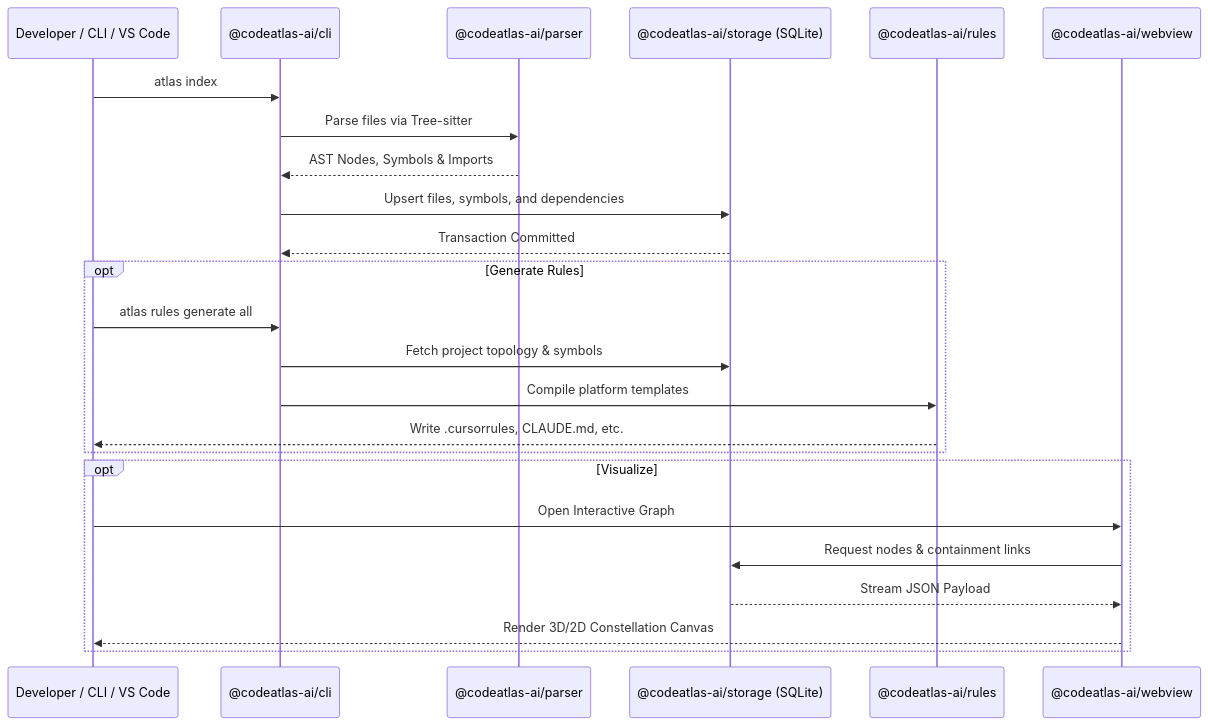
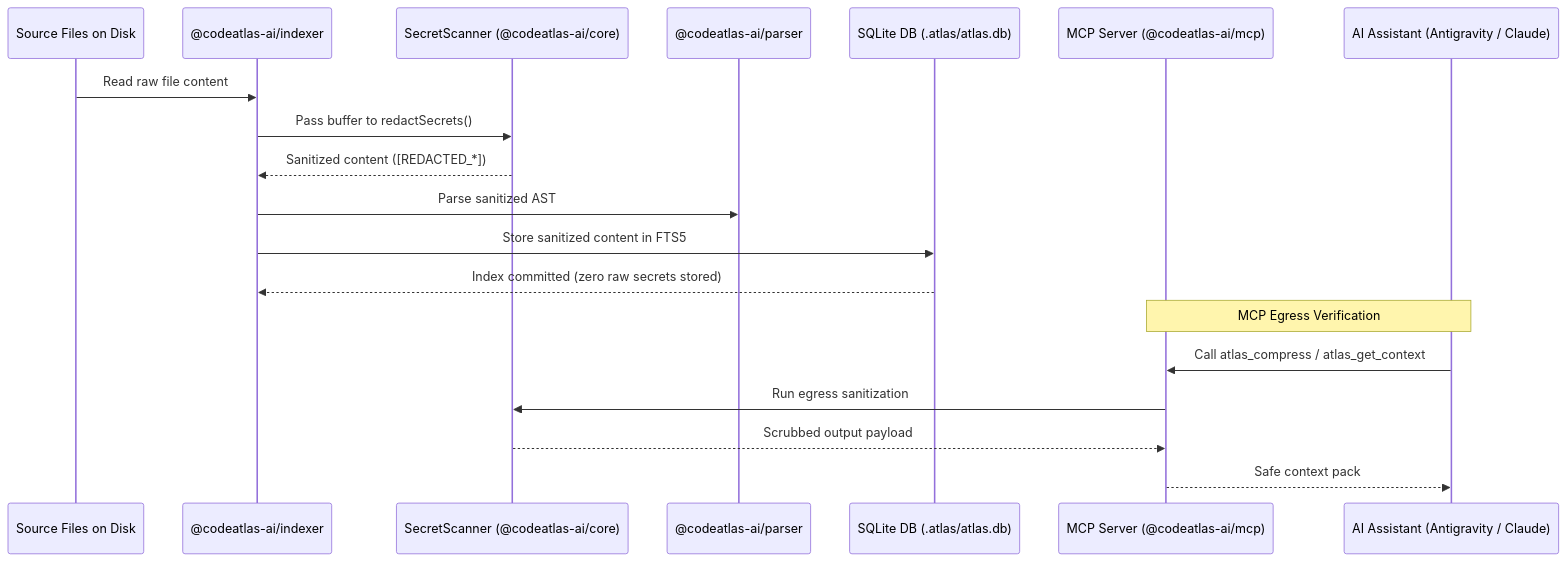
The second of 2 diagrams in apps/docs/guide/architecture.md (shditz/codeatlas), drawn with Mermaid before and after one commit. The commit also changed other lines of this file and 95 other files, not shown here.

Commit message:
chore(release): v1.0.0 - Production Release, 16 MCP Tools, Framework Adapters, Security Redaction, and VS Code Extension

````diff
--- a/apps/docs/guide/architecture.md
+++ b/apps/docs/guide/architecture.md
@@ -31,29 +84,23 @@
 ```mermaid
 sequenceDiagram
-    participant User as Developer / CLI / VS Code
-    participant CLI as @codeatlas-ai/cli
+    participant Disk as Source Files on Disk
+    participant Indexer as @codeatlas-ai/indexer
+    participant Scanner as SecretScanner (@codeatlas-ai/core)
     participant Parser as @codeatlas-ai/parser
-    participant Storage as @codeatlas-ai/storage (SQLite)
-    participant Rules as @codeatlas-ai/rules
-    participant Webview as @codeatlas-ai/webview
+    participant Storage as SQLite DB (.atlas/atlas.db)
+    participant MCP as MCP Server (@codeatlas-ai/mcp)
+    participant LLM as AI Assistant (Antigravity / Claude)
 
-    User->>CLI: atlas index
-    CLI->>Parser: Parse files via Tree-sitter
-    Parser-->>CLI: AST Nodes, Symbols & Imports
-    CLI->>Storage: Upsert files, symbols, and dependencies
-    Storage-->>CLI: Transaction Committed
+    Disk->>Indexer: Read raw file content
+    Indexer->>Scanner: Pass buffer to redactSecrets()
+    Scanner-->>Indexer: Sanitized content ([REDACTED_*])
+    Indexer->>Parser: Parse sanitized AST
+    Indexer->>Storage: Store sanitized content in FTS5
+    Storage-->>Indexer: Index committed (zero raw secrets stored)
 
-    opt Generate Rules
-        User->>CLI: atlas rules generate all
-        CLI->>Storage: Fetch project topology & symbols
-        CLI->>Rules: Compile platform templates
-        Rules-->>User: Write .cursorrules, CLAUDE.md, etc.
-    end
-
-    opt Visualize
-        User->>Webview: Open Interactive Graph
-        Webview->>Storage: Request nodes & containment links
-        Storage-->>Webview: Stream JSON Payload
-        Webview-->>User: Render 3D/2D Constellation Canvas
-    end
+    Note over MCP,LLM: MCP Egress Verification
+    LLM->>MCP: Call atlas_compress / atlas_get_context
+    MCP->>Scanner: Run egress sanitization
+    Scanner-->>MCP: Scrubbed output payload
+    MCP-->>LLM: Safe context pack
 ```
````
